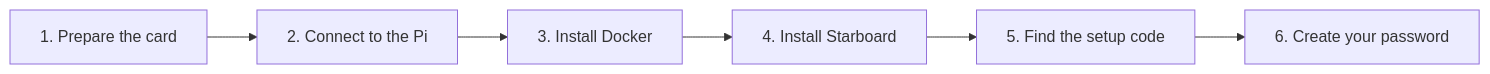
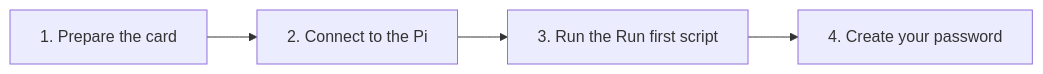
One commit to TheMightyTRex/starboard changed the diagram in docs/help/guides/install-on-a-raspberry-pi.md. Above: the diagram before and after it, drawn with Mermaid. The commit also changed other lines of this file and 121 other files, not shown here.

````diff
--- a/docs/help/guides/install-on-a-raspberry-pi.md
+++ b/docs/help/guides/install-on-a-raspberry-pi.md
@@ -29,8 +25,6 @@
 ```mermaid
 flowchart LR
     A["1. Prepare the card"] --> B["2. Connect to the Pi"]
-    B --> C["3. Install Docker"]
-    C --> D["4. Install Starboard"]
-    D --> E["5. Find the setup code"]
-    E --> F["6. Create your password"]
+    B --> C["3. Run the Run first script"]
+    C --> D["4. Create your password"]
 ```
````
